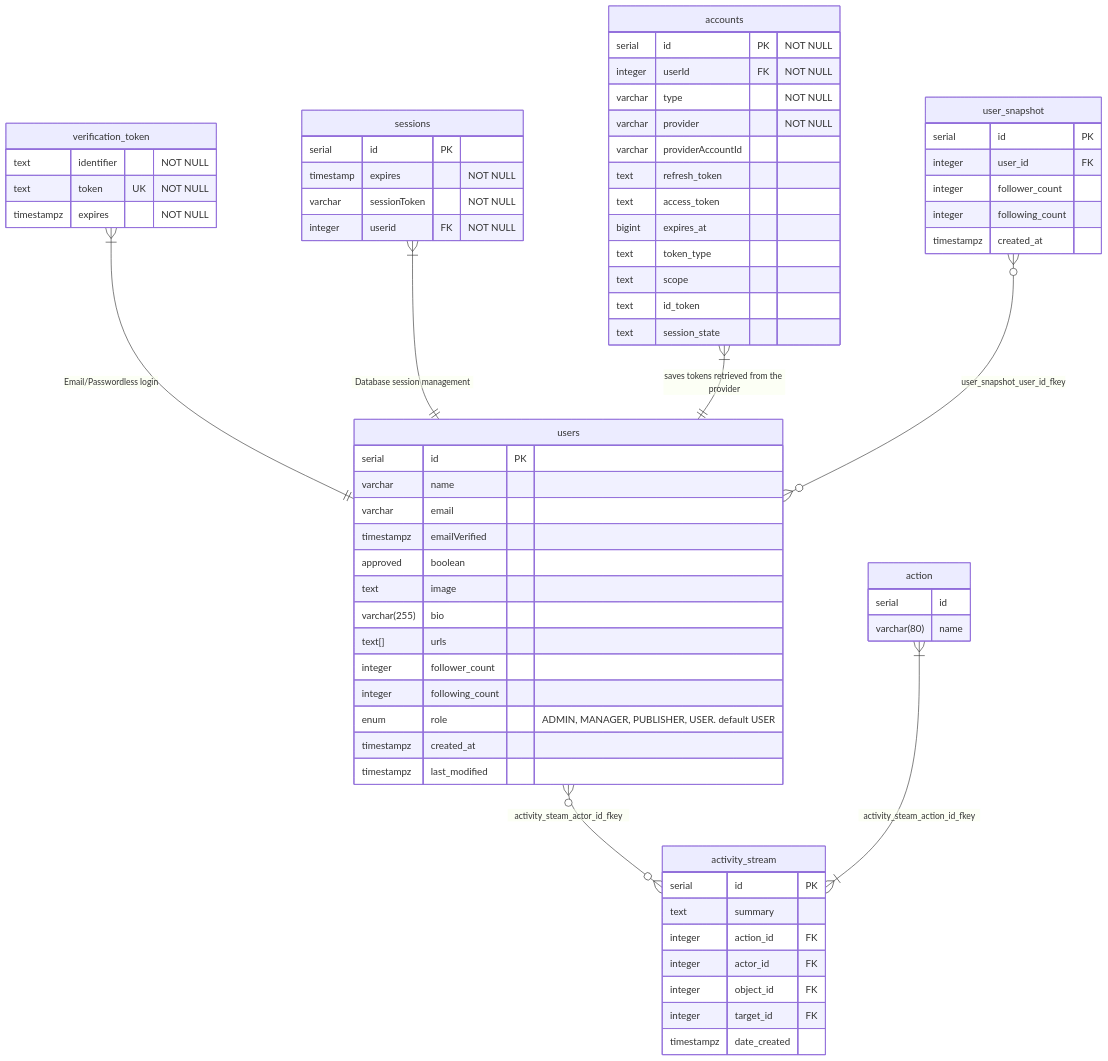
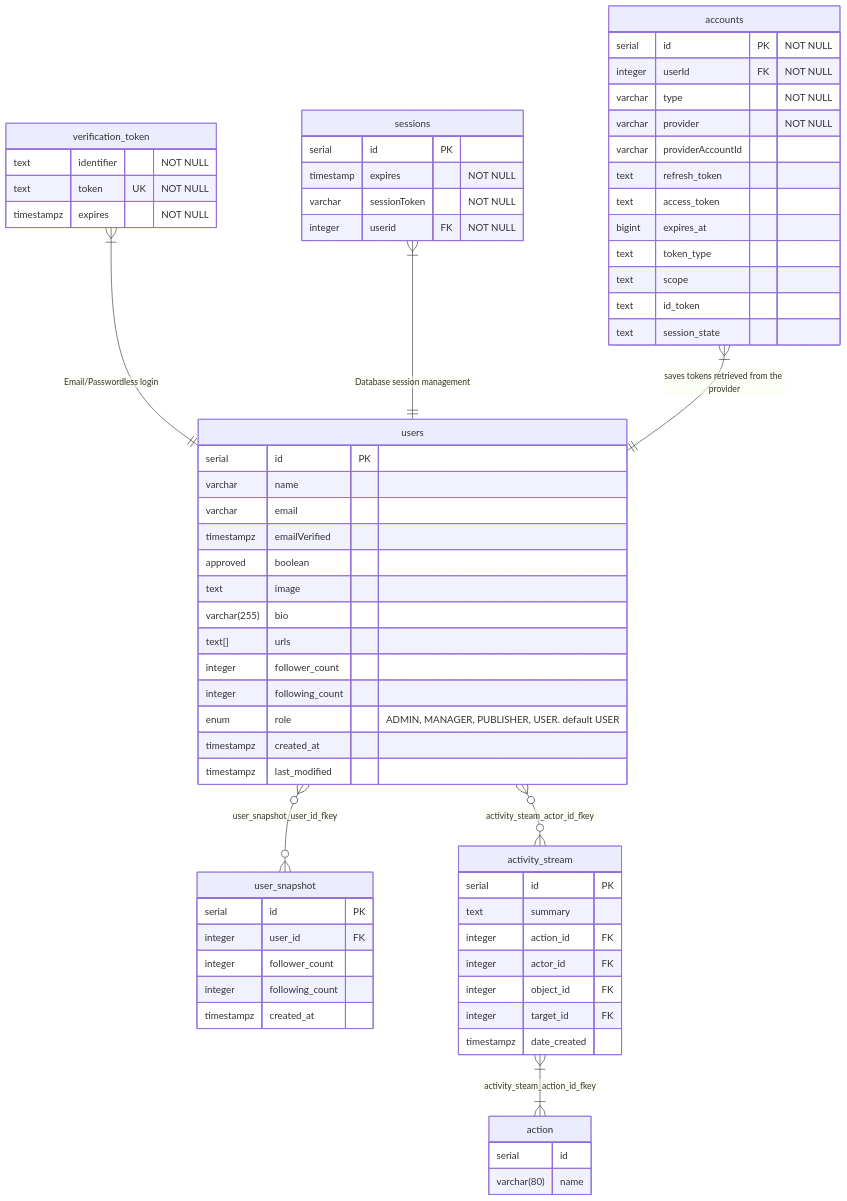
Before and after one commit to 4ry1337/my-obsidian: the third of 4 diagrams in Capstone/Diagrams.md, drawn with Mermaid. The commit also changed 1 other file, not shown here.

Commit message:
vault backup: 2024-01-18 22:44:04

````diff
--- a/Capstone/Diagrams.md
+++ b/Capstone/Diagrams.md
@@ -175,76 +175,76 @@
 ```mermaid
 erDiagram
 accounts {
 	serial id PK "NOT NULL"  
 	integer userId FK "NOT NULL"
 	varchar type "NOT NULL"
 	varchar provider "NOT NULL"
 	varchar providerAccountId
 	text refresh_token
 	text access_token 
 	bigint expires_at
 	text token_type
 	text scope
 	text id_token
 	text session_state
 }
 users {
 	serial id PK
 	varchar name
 	varchar email
 	timestampz emailVerified
 	approved boolean
 	
 	text image
 	varchar(255) bio
 	
 	text[] urls
 	
 	integer follower_count
 	integer following_count
 	
 	enum role "ADMIN, MANAGER, PUBLISHER, USER. default USER"
 	
 	timestampz created_at
 	timestampz last_modified
 }
 user_snapshot {
 	serial id PK
 	integer user_id FK
 	integer follower_count
 	integer following_count
 	timestampz created_at
 }
 sessions {
 	serial id PK
 	timestamp expires "NOT NULL"
 	varchar sessionToken "NOT NULL"
 	integer userid FK "NOT NULL"
 }
 verification_token {
 	text identifier "NOT NULL"
 	text token UK "NOT NULL"
 	timestampz expires "NOT NULL"
 }
 activity_stream {
 	serial id PK
 	text summary
 	integer action_id FK
 	integer actor_id FK
 	integer object_id FK
 	integer target_id FK
 	timestampz date_created
 }
 action {
 	serial id
 	varchar(80) name
 }
 verification_token }|--|| users : "Email/Passwordless login"
 sessions }|--|| users : "Database session management"
 accounts }|--|| users : "saves tokens retrieved from the provider"
 
 users }o--o{ activity_stream: activity_steam_actor_id_fkey
-action }|--|{ activity_stream: activity_steam_action_id_fkey
+activity_stream }|--|{ action: activity_steam_action_id_fkey
 
-user_snapshot }o--o{ users : user_snapshot_user_id_fkey
+users }o--o{ user_snapshot : user_snapshot_user_id_fkey
 ```
````
